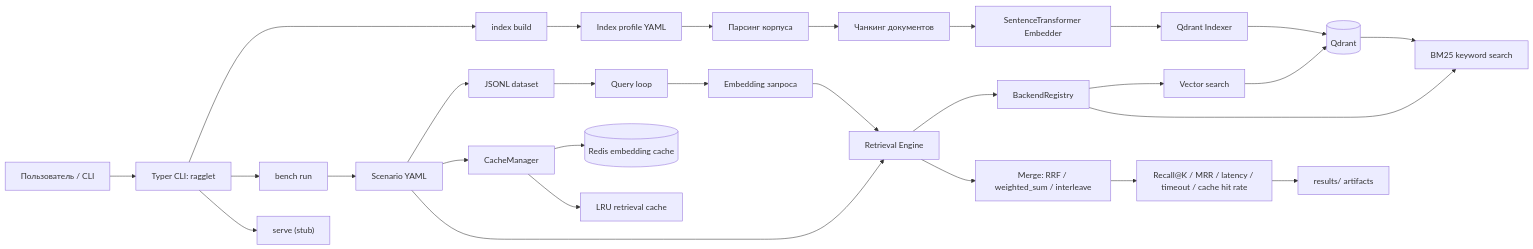
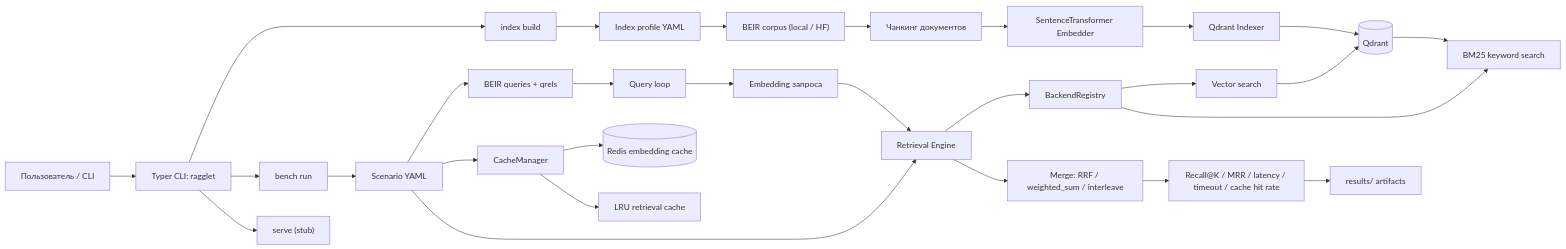
One commit to ksilisk/ragglet changed the diagram in README.md. Above: the diagram before and after it, drawn with Mermaid. The commit also changed other lines of this file and 100 other files, not shown here.

````diff
--- a/README.md
+++ b/README.md
@@ -197,38 +217,38 @@
 ```mermaid
 flowchart LR
     U["Пользователь / CLI"] --> CLI["Typer CLI: ragglet"]
     CLI --> IDX["index build"]
     CLI --> BENCH["bench run"]
     CLI --> SERVE["serve (stub)"]
 
     IDX --> IPROF["Index profile YAML"]
-    IPROF --> PARSE["Парсинг корпуса"]
+    IPROF --> PARSE["BEIR corpus (local / HF)"]
     PARSE --> CHUNK["Чанкинг документов"]
     CHUNK --> EMB["SentenceTransformer Embedder"]
     EMB --> QI["Qdrant Indexer"]
     QI --> QDRANT[("Qdrant")]
 
     BENCH --> SCN["Scenario YAML"]
-    SCN --> DATA["JSONL dataset"]
+    SCN --> DATA["BEIR queries + qrels"]
     SCN --> CACHE["CacheManager"]
     SCN --> RET["Retrieval Engine"]
 
     CACHE --> REDIS[("Redis embedding cache")]
     CACHE --> LRU["LRU retrieval cache"]
 
     DATA --> LOOP["Query loop"]
     LOOP --> EMBQ["Embedding запроса"]
     EMBQ --> RET
 
     RET --> BACK["BackendRegistry"]
     BACK --> VEC["Vector search"]
     BACK --> KW["BM25 keyword search"]
 
     VEC --> QDRANT
     QDRANT --> KW
 
     RET --> MERGE["Merge: RRF / weighted_sum / interleave"]
     MERGE --> METRICS["Recall@K / MRR / latency / timeout / cache hit rate"]
     METRICS --> RES["results/ artifacts"]
 
 ```
````
